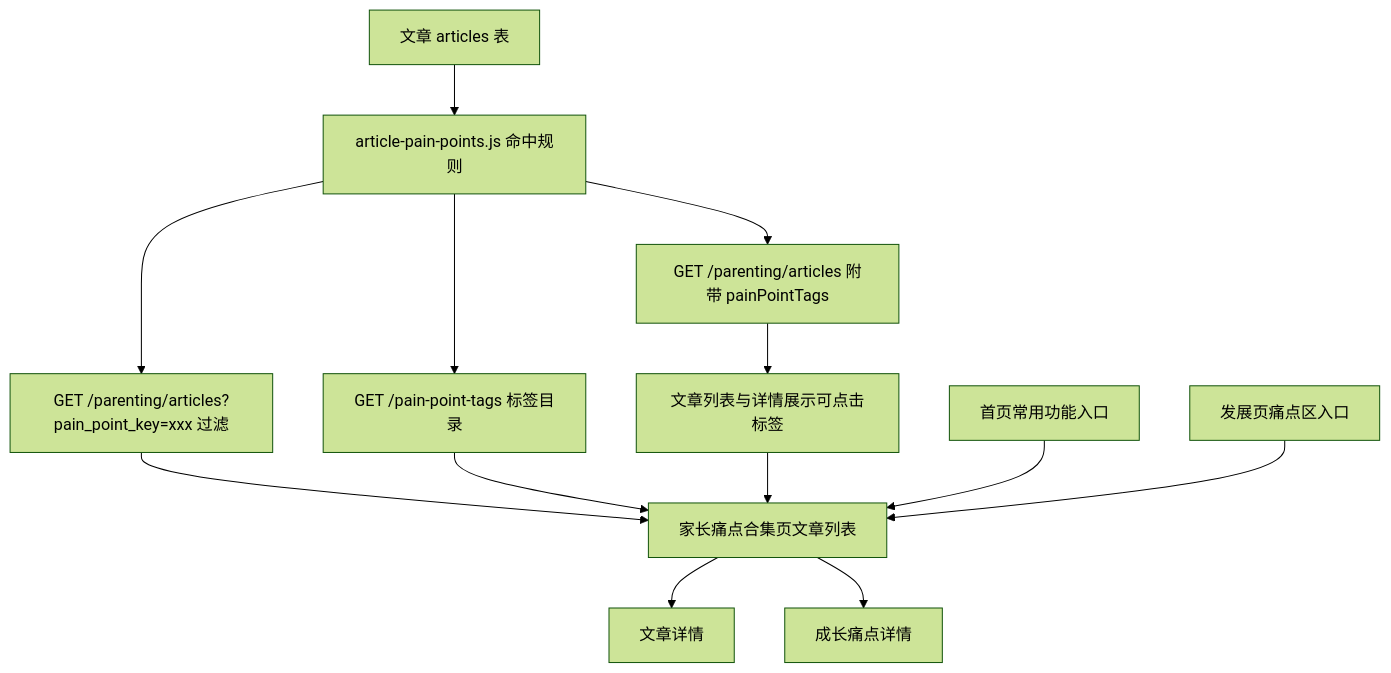
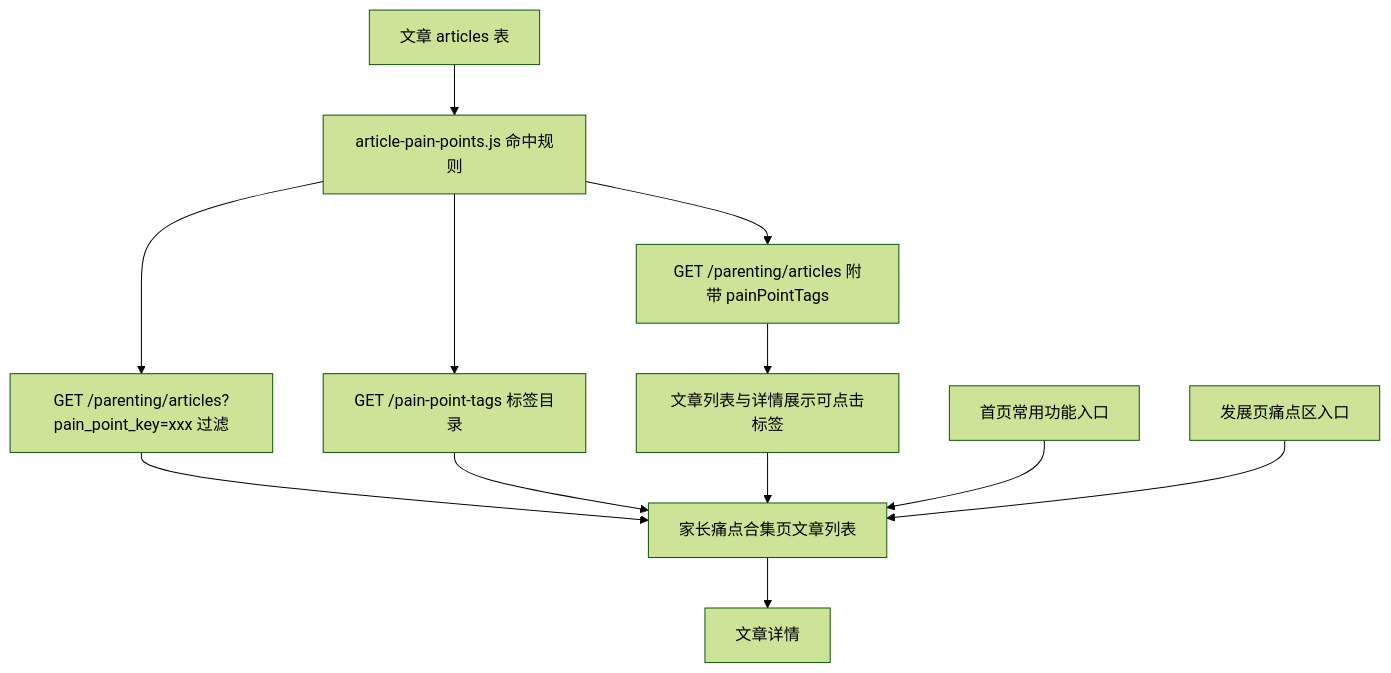
One commit to nn190yxn/zgxnai changed the diagram in .monkeycode/specs/2026-09-14-parent-pain-point-collection/design.md. Above: the diagram before and after it, drawn with Mermaid (forest theme). The commit also changed other lines of this file and 27 other files, not shown here.

````diff
--- a/.monkeycode/specs/2026-09-14-parent-pain-point-collection/design.md
+++ b/.monkeycode/specs/2026-09-14-parent-pain-point-collection/design.md
@@ -14,15 +14,14 @@
 ```mermaid
 graph TD
     A["文章 articles 表"] --> B["article-pain-points.js 命中规则"]
     B --> C["GET /parenting/articles 附带 painPointTags"]
     B --> D["GET /parenting/articles?pain_point_key=xxx 过滤"]
     B --> E["GET /pain-point-tags 标签目录"]
     C --> F["文章列表与详情展示可点击标签"]
     D --> G["家长痛点合集页文章列表"]
     E --> G
     F --> G
     H["首页常用功能入口"] --> G
     I["发展页痛点区入口"] --> G
     G --> J["文章详情"]
-    G --> K["成长痛点详情"]
 ```
````
